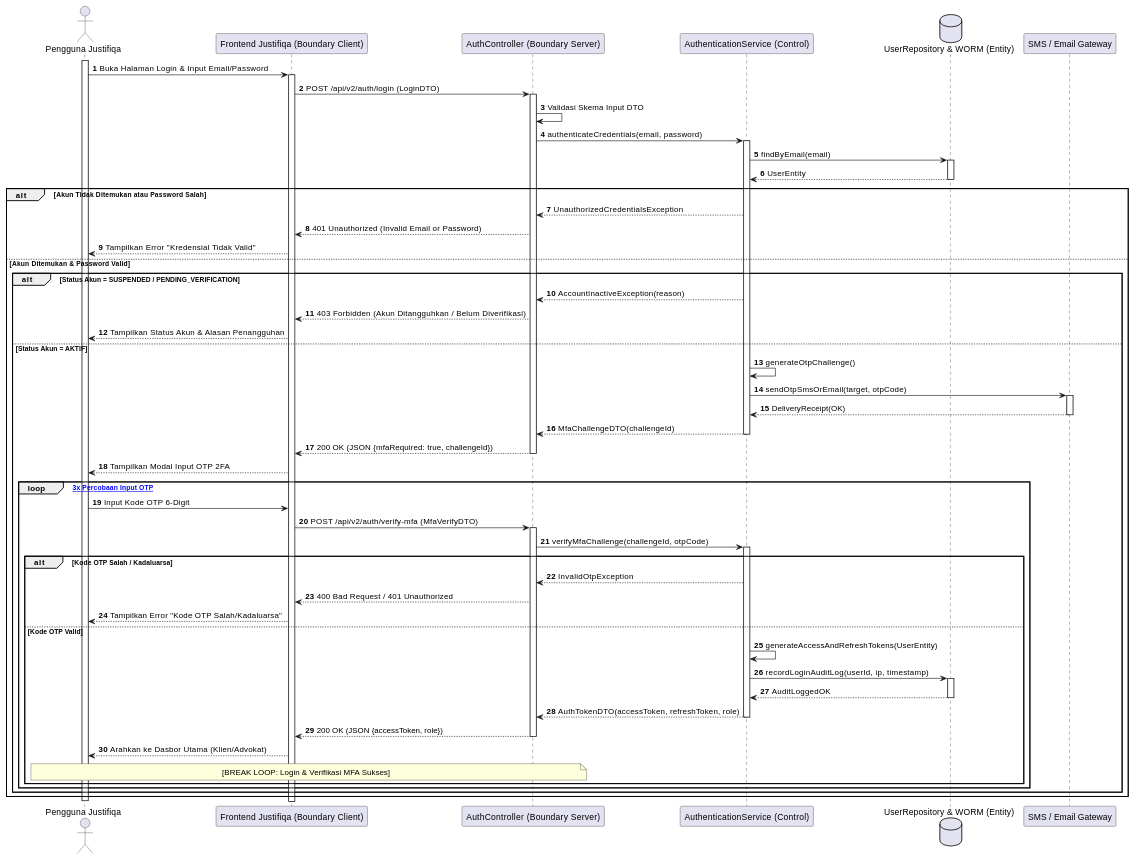
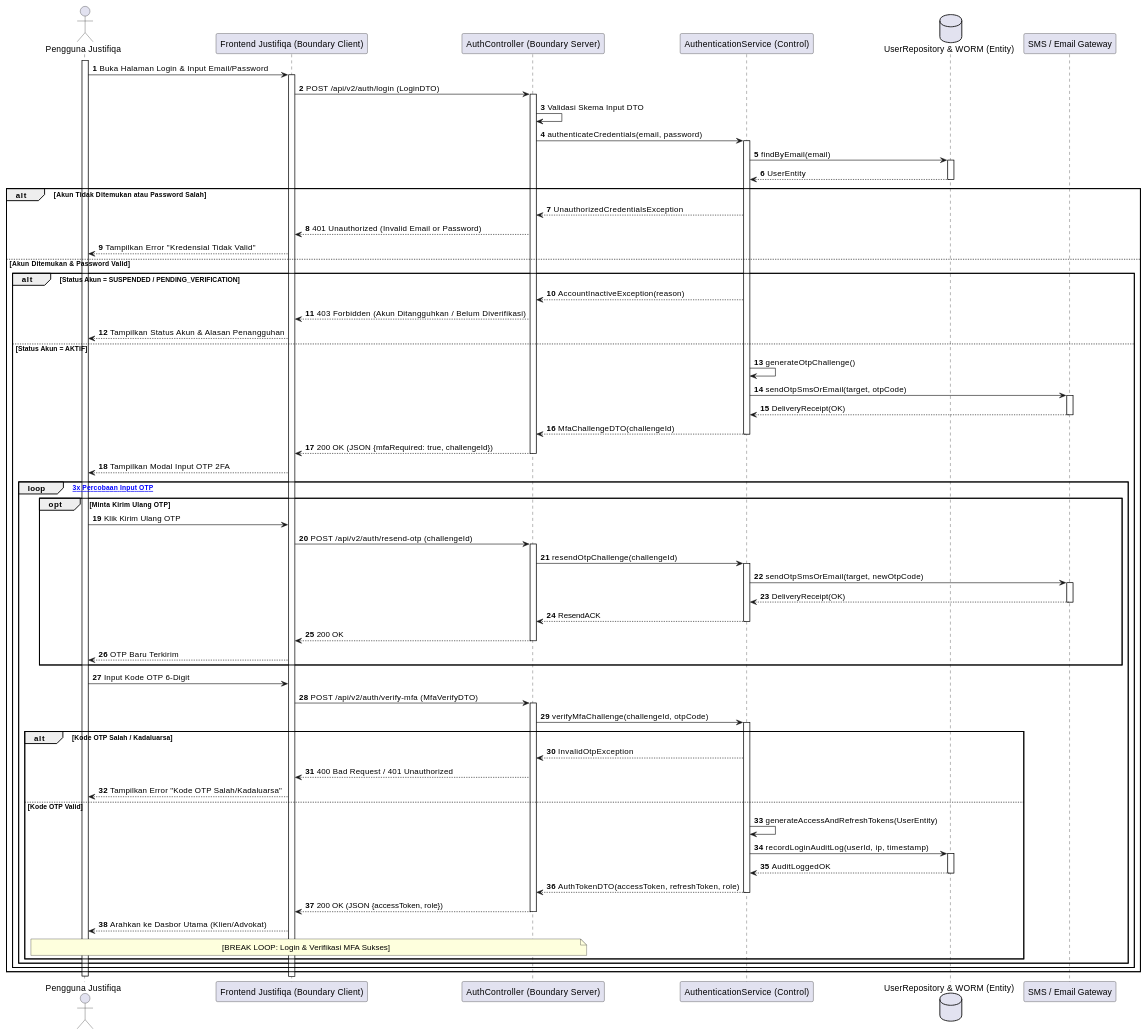
One commit to tupperwureism/SuperApp-Gagal changed the second of 28 diagrams in MarkDown/plantuml_sequence_diagrams.md. Above: the diagram before and after it, drawn with PlantUML. The commit also changed other lines of this file and 2 other files, not shown here.

Commit message:
fix(docs): achieve 0 missing conditions across all 28 Sequence Diagrams vs Activity Diagrams

````diff
--- a/MarkDown/plantuml_sequence_diagrams.md
+++ b/MarkDown/plantuml_sequence_diagrams.md
@@ -97,59 +97,70 @@
 ```plantuml
 @startuml
 autonumber
 actor "Pengguna Justifiqa" as User
 participant "Frontend Justifiqa (Boundary Client)" as B_FE
 participant "AuthController (Boundary Server)" as B_BE
 participant "AuthenticationService (Control)" as C_Svc
 database "UserRepository & WORM (Entity)" as E_DB
 participant "SMS / Email Gateway" as SMS
 
 activate User
 User -> B_FE ++ : Buka Halaman Login & Input Email/Password
 B_FE -> B_BE ++ : POST /api/v2/auth/login (LoginDTO)
 B_BE -> B_BE : Validasi Skema Input DTO
 B_BE -> C_Svc ++ : authenticateCredentials(email, password)
 C_Svc -> E_DB ++ : findByEmail(email)
 E_DB --> C_Svc -- : UserEntity
 
 alt Akun Tidak Ditemukan atau Password Salah
     C_Svc --> B_BE : UnauthorizedCredentialsException
     B_BE --> B_FE : 401 Unauthorized (Invalid Email or Password)
     B_FE --> User : Tampilkan Error "Kredensial Tidak Valid"
 else Akun Ditemukan & Password Valid
     alt Status Akun = SUSPENDED / PENDING_VERIFICATION
         C_Svc --> B_BE : AccountInactiveException(reason)
         B_BE --> B_FE : 403 Forbidden (Akun Ditangguhkan / Belum Diverifikasi)
         B_FE --> User : Tampilkan Status Akun & Alasan Penangguhan
     else Status Akun = AKTIF
         C_Svc -> C_Svc : generateOtpChallenge()
         C_Svc -> SMS ++ : sendOtpSmsOrEmail(target, otpCode)
         SMS --> C_Svc -- : DeliveryReceipt(OK)
         C_Svc --> B_BE -- : MfaChallengeDTO(challengeId)
         B_BE --> B_FE -- : 200 OK (JSON {mfaRequired: true, challengeId})
         B_FE --> User : Tampilkan Modal Input OTP 2FA
 
         loop [Maksimal 3x Percobaan Input OTP]
+            opt Minta Kirim Ulang OTP
+                User -> B_FE : Klik Kirim Ulang OTP
+                B_FE -> B_BE ++ : POST /api/v2/auth/resend-otp (challengeId)
+                B_BE -> C_Svc ++ : resendOtpChallenge(challengeId)
+                C_Svc -> SMS ++ : sendOtpSmsOrEmail(target, newOtpCode)
+                SMS --> C_Svc -- : DeliveryReceipt(OK)
+                C_Svc --> B_BE -- : ResendACK
+                B_BE --> B_FE -- : 200 OK
+                B_FE --> User : OTP Baru Terkirim
+            end
+
             User -> B_FE : Input Kode OTP 6-Digit
             B_FE -> B_BE ++ : POST /api/v2/auth/verify-mfa (MfaVerifyDTO)
             B_BE -> C_Svc ++ : verifyMfaChallenge(challengeId, otpCode)
 
             alt Kode OTP Salah / Kadaluarsa
                 C_Svc --> B_BE : InvalidOtpException
                 B_BE --> B_FE : 400 Bad Request / 401 Unauthorized
                 B_FE --> User : Tampilkan Error "Kode OTP Salah/Kadaluarsa"
             else Kode OTP Valid
                 C_Svc -> C_Svc : generateAccessAndRefreshTokens(UserEntity)
                 C_Svc -> E_DB ++ : recordLoginAuditLog(userId, ip, timestamp)
                 E_DB --> C_Svc -- : AuditLoggedOK
                 C_Svc --> B_BE -- : AuthTokenDTO(accessToken, refreshToken, role)
                 B_BE --> B_FE -- : 200 OK (JSON {accessToken, role})
                 B_FE --> User : Arahkan ke Dasbor Utama (Klien/Advokat)
                 note over User, B_BE : [BREAK LOOP: Login & Verifikasi MFA Sukses]
             end
         end
     end
 end
 deactivate User
 @enduml
 ```
````
